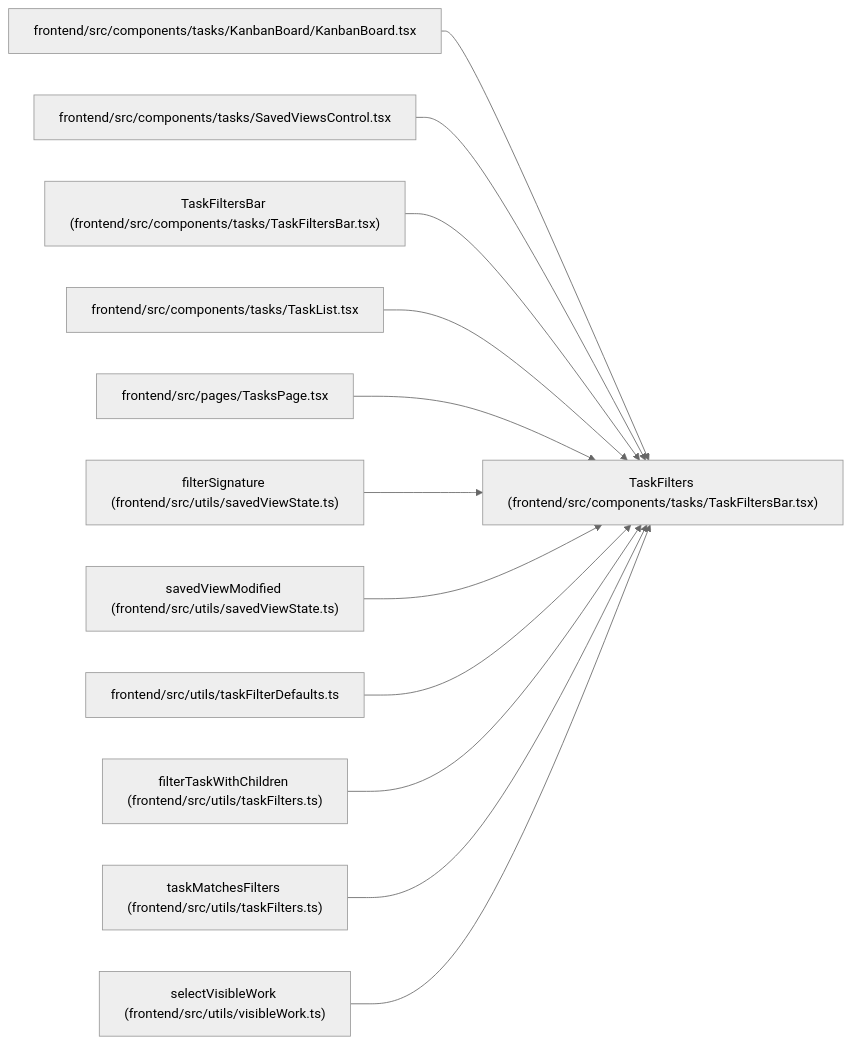
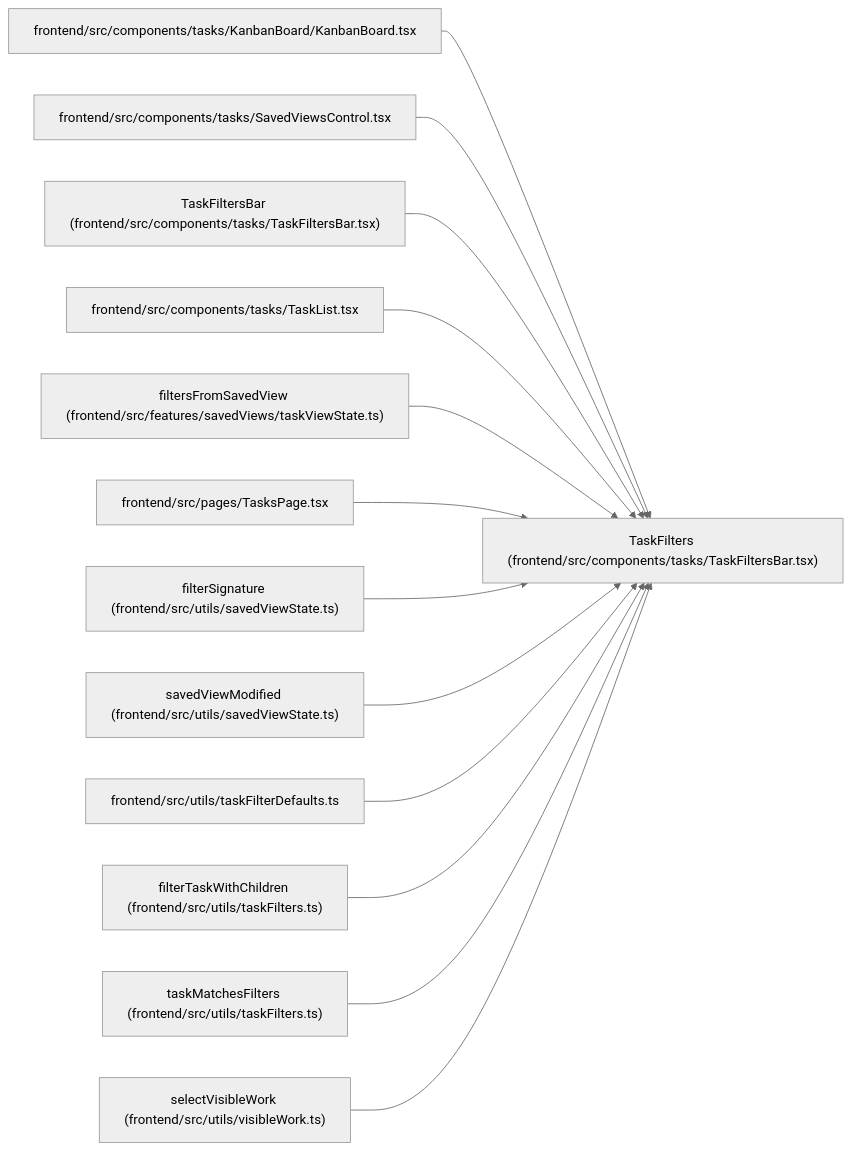
Before and after one commit to Denissvgn/WorkChord: the diagram in docs/llm_wiki/entities/TaskFilters.md, drawn with Mermaid (neutral theme). The commit also changed other lines of this file and 2509 other files, not shown here.

````diff
--- a/docs/llm_wiki/entities/TaskFilters.md
+++ b/docs/llm_wiki/entities/TaskFilters.md
@@ -39,38 +39,41 @@
 ```mermaid
 flowchart LR
     n0["TaskFilters (frontend/src/components/tasks/TaskFiltersBar.tsx)"]
     n1["frontend/src/components/tasks/KanbanBoard/KanbanBoard.tsx"]
     n2["frontend/src/components/tasks/SavedViewsControl.tsx"]
     n3["TaskFiltersBar (frontend/src/components/tasks/TaskFiltersBar.tsx)"]
     n4["frontend/src/components/tasks/TaskList.tsx"]
-    n5["frontend/src/pages/TasksPage.tsx"]
-    n6["filterSignature (frontend/src/utils/savedViewState.ts)"]
-    n7["savedViewModified (frontend/src/utils/savedViewState.ts)"]
-    n8["frontend/src/utils/taskFilterDefaults.ts"]
-    n9["filterTaskWithChildren (frontend/src/utils/taskFilters.ts)"]
-    n10["taskMatchesFilters (frontend/src/utils/taskFilters.ts)"]
-    n11["selectVisibleWork (frontend/src/utils/visibleWork.ts)"]
+    n5["filtersFromSavedView (frontend/src/features/savedViews/taskViewState.ts)"]
+    n6["frontend/src/pages/TasksPage.tsx"]
+    n7["filterSignature (frontend/src/utils/savedViewState.ts)"]
+    n8["savedViewModified (frontend/src/utils/savedViewState.ts)"]
+    n9["frontend/src/utils/taskFilterDefaults.ts"]
+    n10["filterTaskWithChildren (frontend/src/utils/taskFilters.ts)"]
+    n11["taskMatchesFilters (frontend/src/utils/taskFilters.ts)"]
+    n12["selectVisibleWork (frontend/src/utils/visibleWork.ts)"]
     n1 --> n0
     n2 --> n0
     n3 --> n0
     n4 --> n0
     n5 --> n0
     n6 --> n0
     n7 --> n0
     n8 --> n0
     n9 --> n0
     n10 --> n0
     n11 --> n0
+    n12 --> n0
     click n0 "../modules/TaskFiltersBar.md"
     click n1 "../modules/KanbanBoard.md"
     click n2 "../modules/SavedViewsControl.md"
     click n3 "../modules/TaskFiltersBar.md"
     click n4 "../modules/TaskList.md"
-    click n5 "../modules/TasksPage.md"
-    click n6 "../modules/savedViewState.md"
+    click n5 "../modules/taskViewState.md"
+    click n6 "../modules/TasksPage.md"
     click n7 "../modules/savedViewState.md"
-    click n8 "../modules/taskFilterDefaults.md"
-    click n9 "../modules/taskFilters.md"
+    click n8 "../modules/savedViewState.md"
+    click n9 "../modules/taskFilterDefaults.md"
     click n10 "../modules/taskFilters.md"
-    click n11 "../modules/visibleWork.md"
+    click n11 "../modules/taskFilters.md"
+    click n12 "../modules/visibleWork.md"
 ```
````
